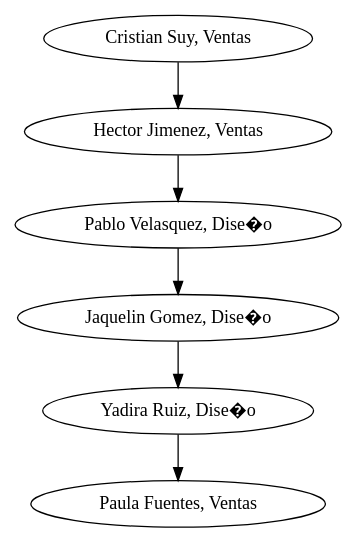
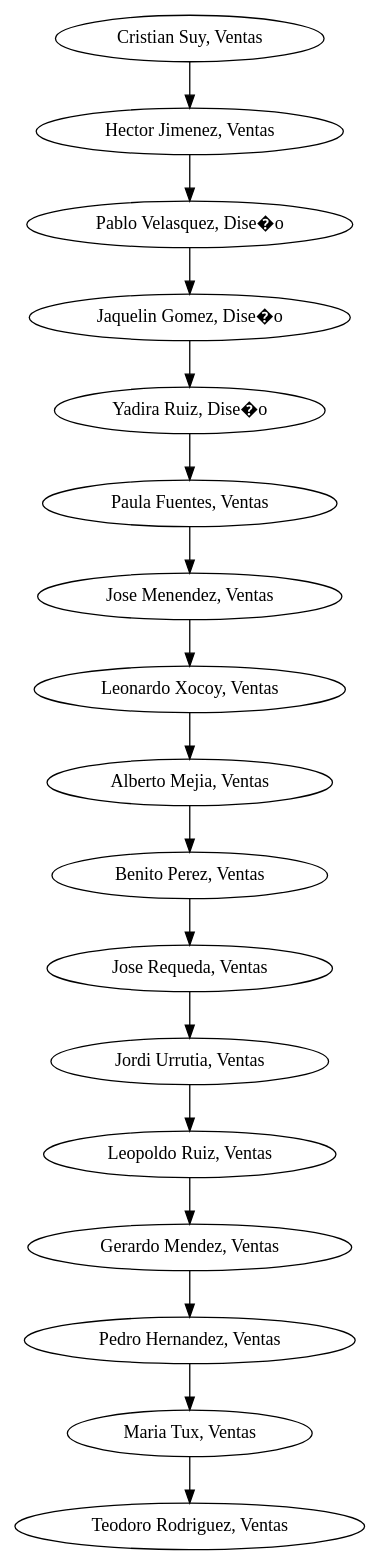
The diagram in Fase1/graficas/ListaEmpleados.dot (jdfuentes12/EDD_VJ1S2023_PY_202001228), drawn with Graphviz before and after one commit. The commit also changed 153 other files, not shown here.

```diff
--- a/Fase1/graficas/ListaEmpleados.dot
+++ b/Fase1/graficas/ListaEmpleados.dot
@@ -1,13 +1,35 @@
 digraph ListaEmpleados {
 0[label = "Cristian Suy, Ventas"];
 1[label = "Hector Jimenez, Ventas"];
 2[label = "Pablo Velasquez, Dise�o"];
 3[label = "Jaquelin Gomez, Dise�o"];
 4[label = "Yadira Ruiz, Dise�o"];
 5[label = "Paula Fuentes, Ventas"];
+6[label = "Jose Menendez, Ventas"];
+7[label = "Leonardo Xocoy, Ventas"];
+8[label = "Alberto Mejia, Ventas"];
+9[label = "Benito Perez, Ventas"];
+10[label = "Jose Requeda, Ventas"];
+11[label = "Jordi Urrutia, Ventas"];
+12[label = "Leopoldo Ruiz, Ventas"];
+13[label = "Gerardo Mendez, Ventas"];
+14[label = "Pedro Hernandez, Ventas"];
+15[label = "Maria Tux, Ventas"];
+16[label = "Teodoro Rodriguez, Ventas"];
 0->1;
 1->2;
 2->3;
 3->4;
 4->5;
+5->6;
+6->7;
+7->8;
+8->9;
+9->10;
+10->11;
+11->12;
+12->13;
+13->14;
+14->15;
+15->16;
 }
```
